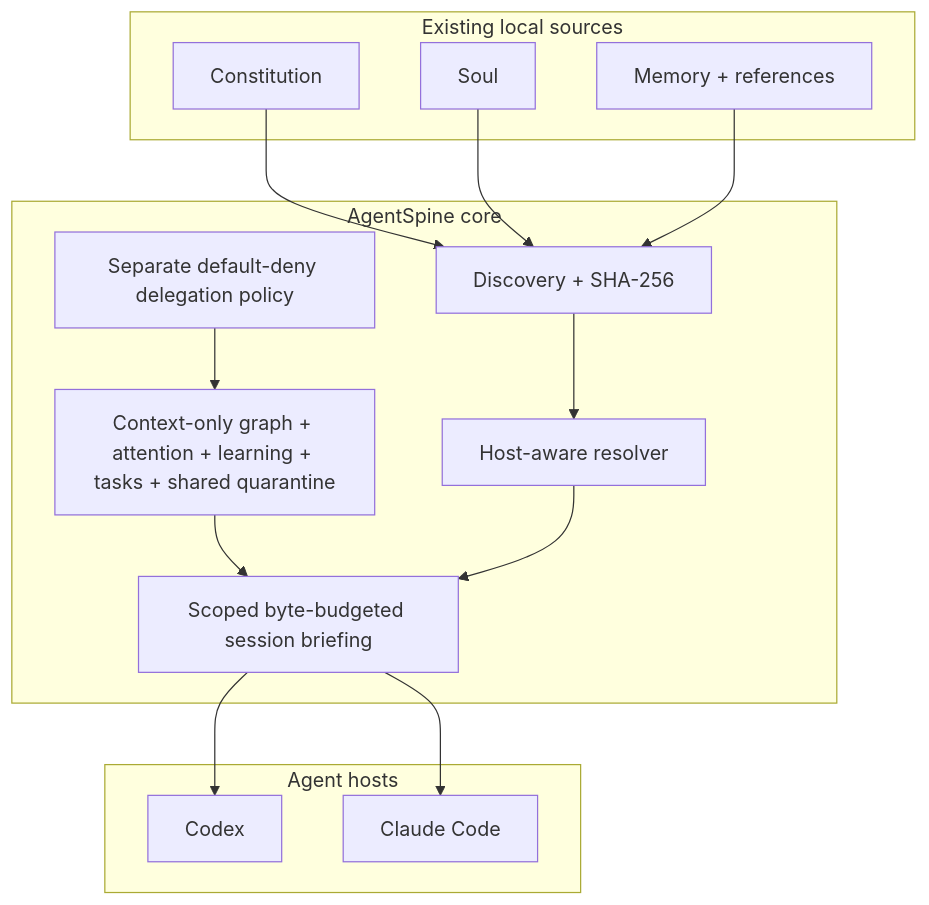
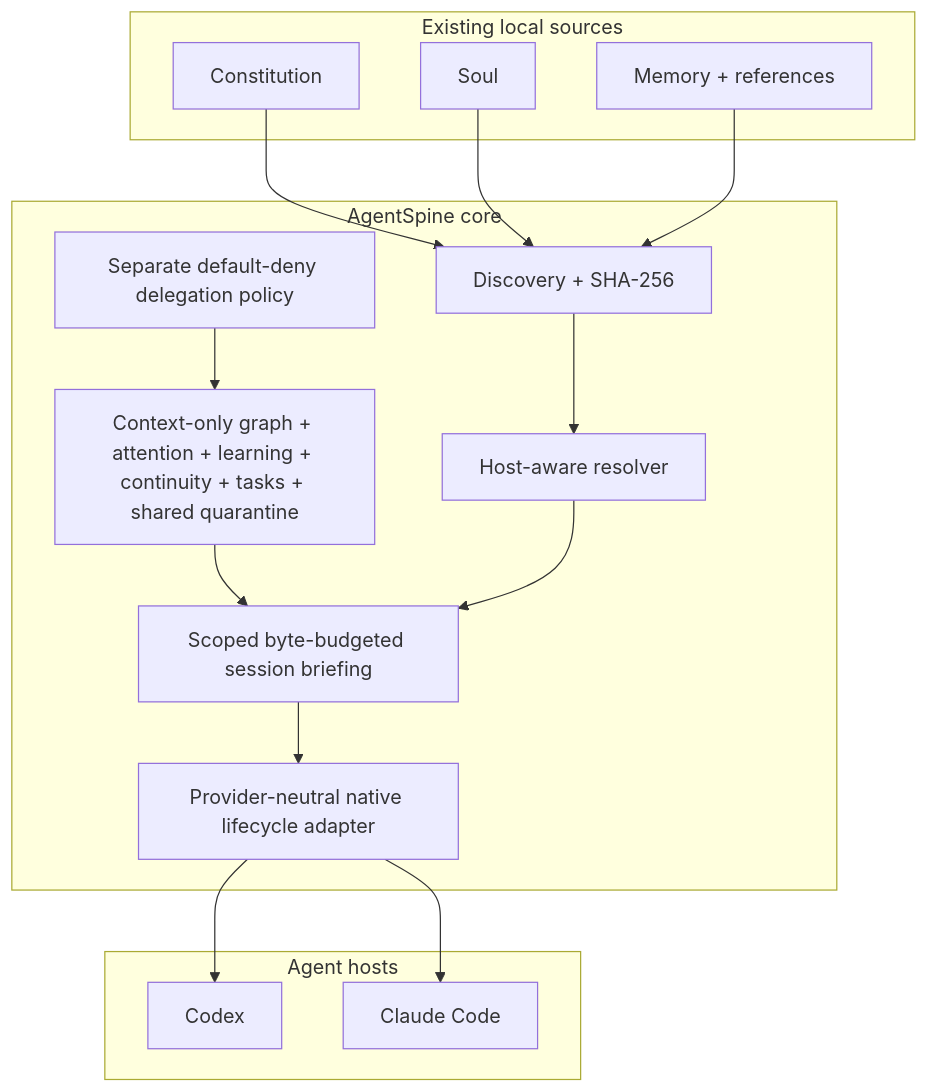
Before and after one commit to Maykbiletti/AgentSpine: the first of 5 diagrams in docs/architecture.md, drawn with Mermaid. The commit also changed other lines of this file and 29 other files, not shown here.

````diff
--- a/docs/architecture.md
+++ b/docs/architecture.md
@@ -7,28 +7,30 @@
 ```mermaid
 flowchart TB
     subgraph Sources["Existing local sources"]
       C["Constitution"]
       S["Soul"]
       M["Memory + references"]
     end
     subgraph Core["AgentSpine core"]
       D["Discovery + SHA-256"]
       R["Host-aware resolver"]
-      G["Context-only graph + attention + learning + tasks + shared quarantine"]
+      G["Context-only graph + attention + learning + continuity + tasks + shared quarantine"]
       B["Scoped byte-budgeted session briefing"]
+      H["Provider-neutral native lifecycle adapter"]
       P["Separate default-deny delegation policy"]
     end
     subgraph Hosts["Agent hosts"]
       X["Codex"]
       L["Claude Code"]
     end
     C --> D
     S --> D
     M --> D
     D --> R
     G --> B
     P --> G
     R --> B
-    B --> X
-    B --> L
+    B --> H
+    H --> X
+    H --> L
 ```
````
